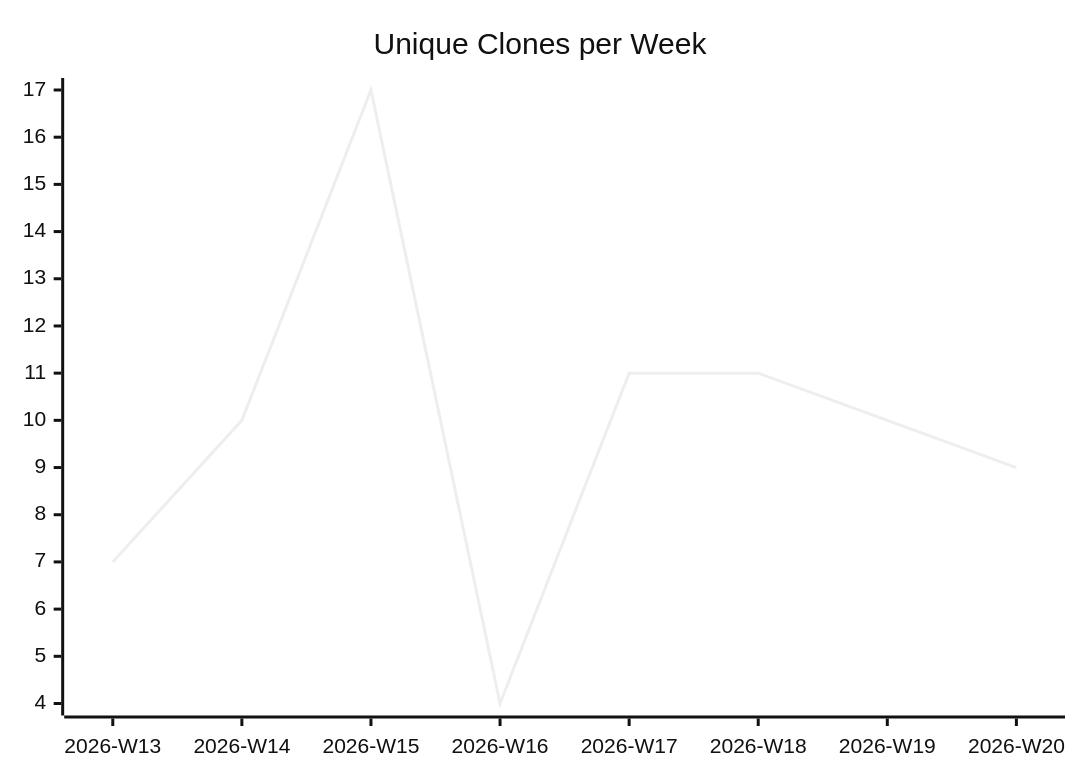
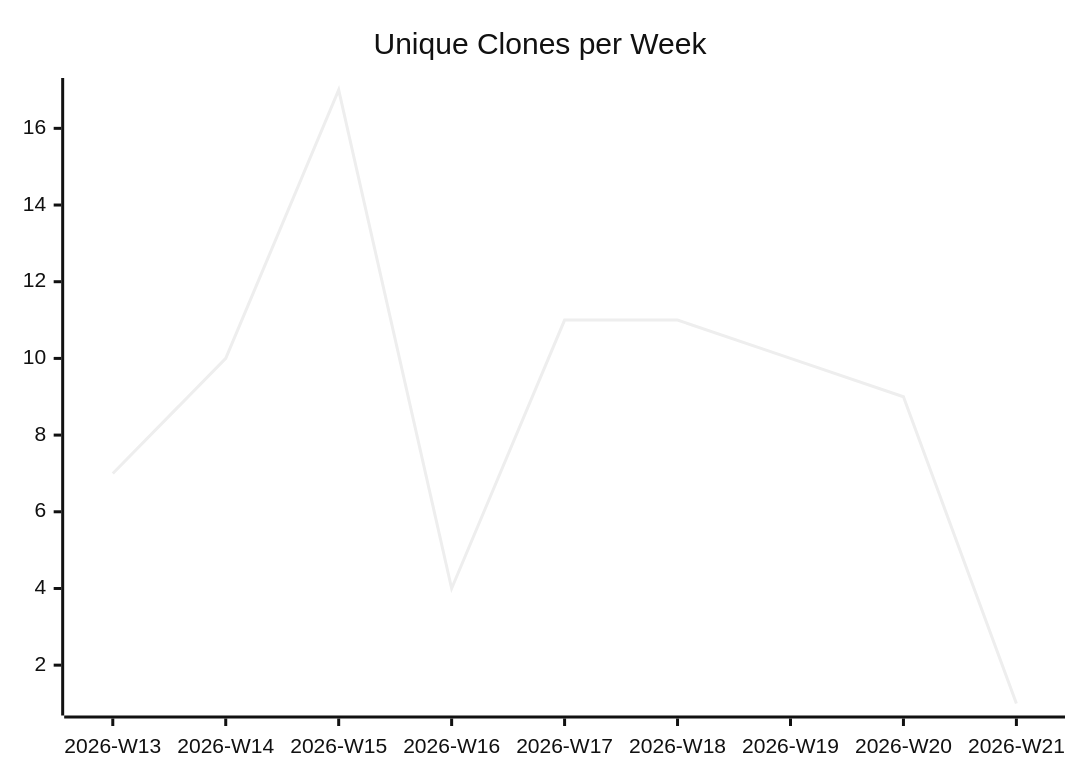
One commit to justdavis-family/github-analytics-data changed the third of 3 diagrams in karlmdavis/ksoap2-android/README.md. Above: the diagram before and after it, drawn with Mermaid (neutral theme). The commit also changed other lines of this file and 189 other files, not shown here.

````diff
--- a/karlmdavis/ksoap2-android/README.md
+++ b/karlmdavis/ksoap2-android/README.md
@@ -19,6 +19,6 @@
 ```mermaid
 xychart-beta
   title "Unique Clones per Week"
-  x-axis ["2026-W13", "2026-W14", "2026-W15", "2026-W16", "2026-W17", "2026-W18", "2026-W19", "2026-W20"]
-  line [7, 10, 17, 4, 11, 11, 10, 9]
+  x-axis ["2026-W13", "2026-W14", "2026-W15", "2026-W16", "2026-W17", "2026-W18", "2026-W19", "2026-W20", "2026-W21"]
+  line [7, 10, 17, 4, 11, 11, 10, 9, 1]
 ```
````
